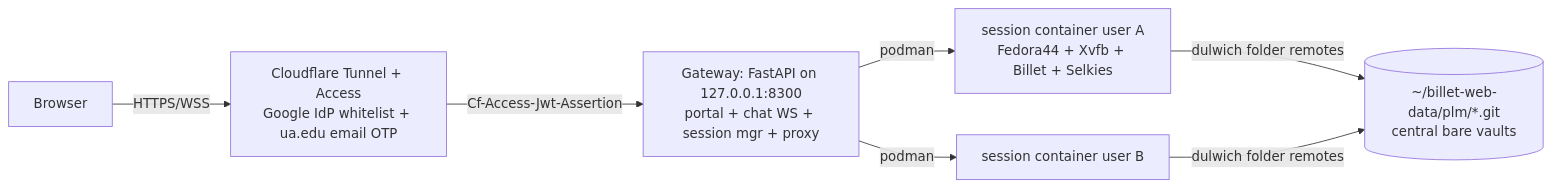
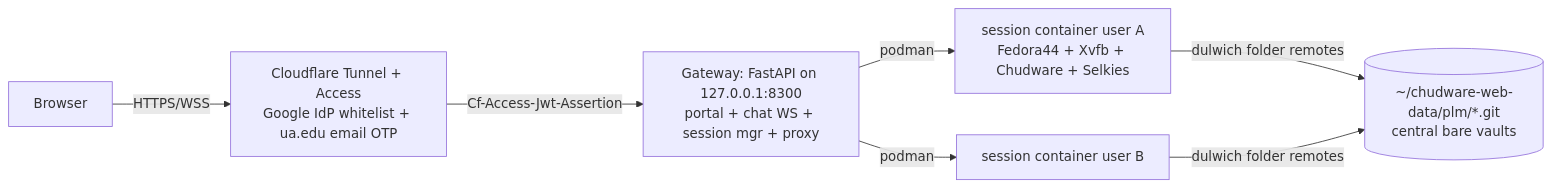
The diagram in Webservice/DESIGN.md (Hunter-124/Chudware), drawn with Mermaid before and after one commit. The commit also changed other lines of this file and 1567 other files, not shown here.

````diff
--- a/Webservice/DESIGN.md
+++ b/Webservice/DESIGN.md
@@ -10,8 +10,8 @@
 ```mermaid
 flowchart LR
   B[Browser] -->|HTTPS/WSS| CF[Cloudflare Tunnel + Access\nGoogle IdP whitelist + ua.edu email OTP]
   CF -->|Cf-Access-Jwt-Assertion| GW[Gateway: FastAPI on 127.0.0.1:8300\nportal + chat WS + session mgr + proxy]
-  GW -->|podman| S1[session container user A\nFedora44 + Xvfb + Billet + Selkies]
+  GW -->|podman| S1[session container user A\nFedora44 + Xvfb + Chudware + Selkies]
   GW -->|podman| S2[session container user B]
-  S1 & S2 -->|dulwich folder remotes| PLM[(~/billet-web-data/plm/*.git\ncentral bare vaults)]
+  S1 & S2 -->|dulwich folder remotes| PLM[(~/chudware-web-data/plm/*.git\ncentral bare vaults)]
 ```
````
